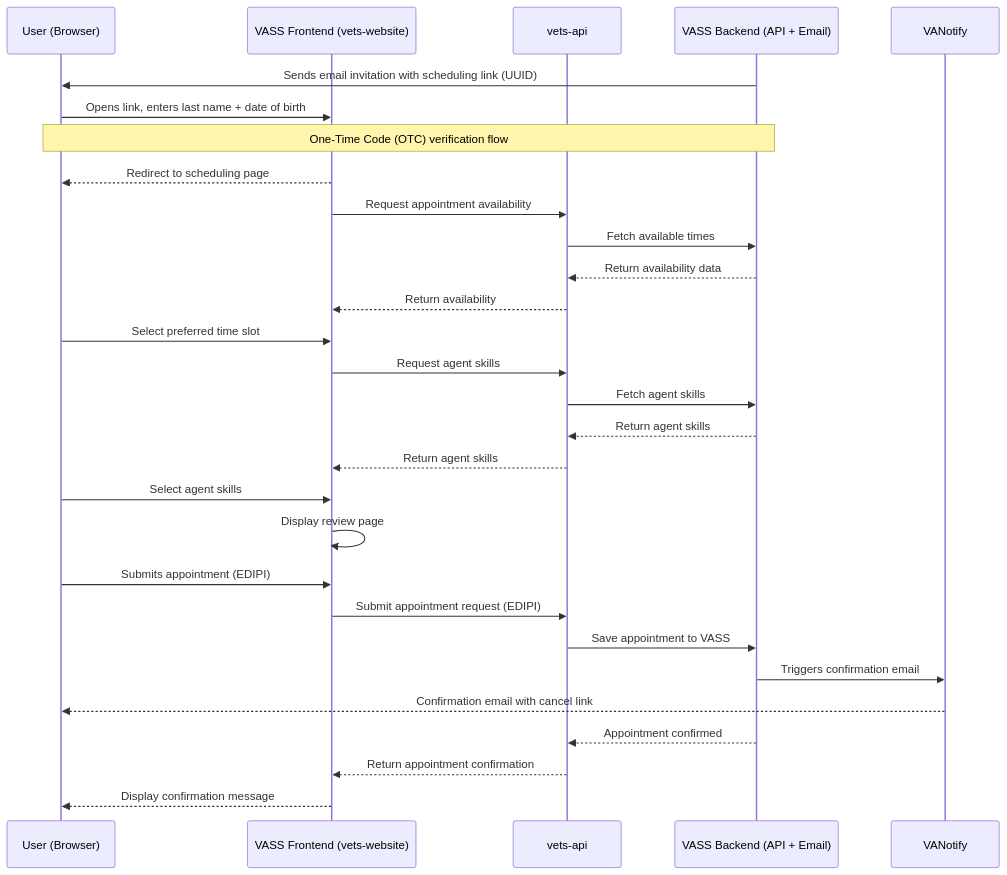
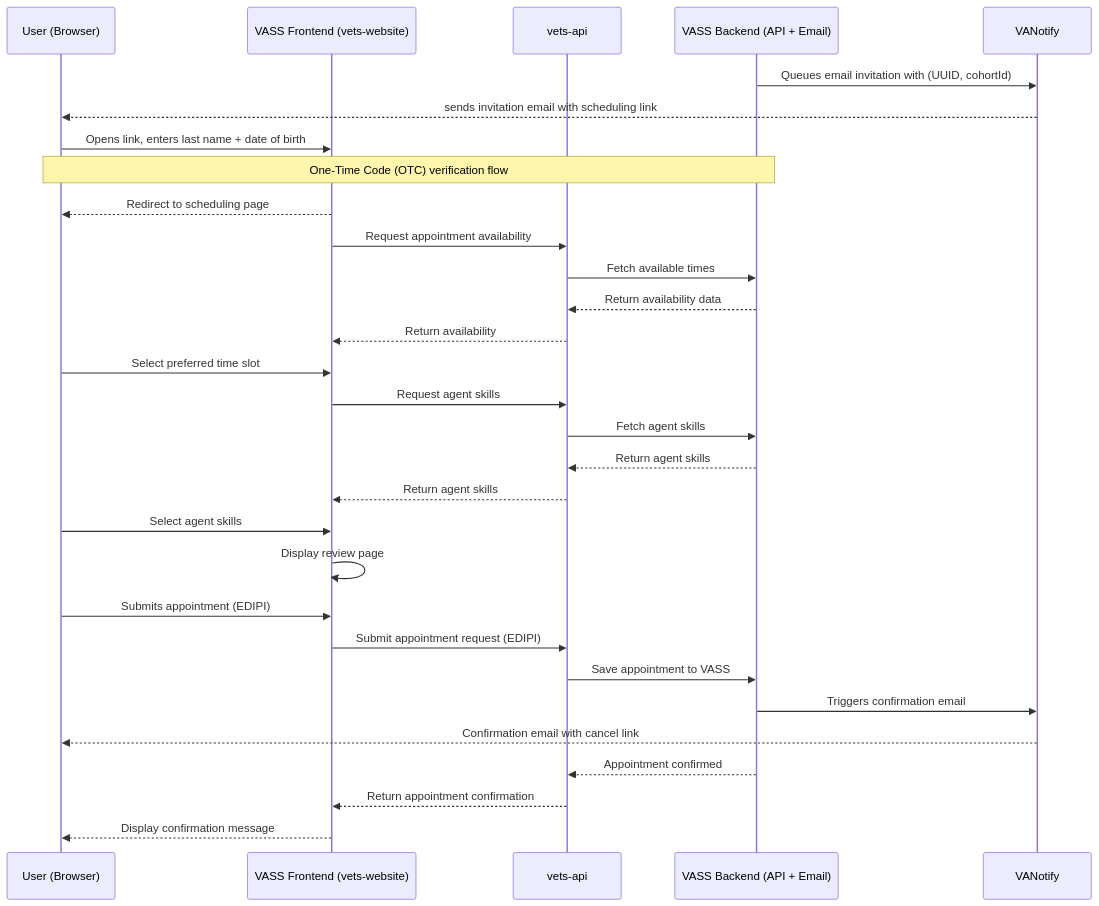
One commit to department-of-veterans-affairs/va.gov-team changed the first of 3 diagrams in products/health-care/appointments/va-online-scheduling/initiatives/solid-start-scheduling/engineering/sequence-diagrams/otc-flow.md. Above: the diagram before and after it, drawn with Mermaid.

````diff
--- a/products/health-care/appointments/va-online-scheduling/initiatives/solid-start-scheduling/engineering/sequence-diagrams/otc-flow.md
+++ b/products/health-care/appointments/va-online-scheduling/initiatives/solid-start-scheduling/engineering/sequence-diagrams/otc-flow.md
@@ -3,42 +3,43 @@
 ``` mermaid
 sequenceDiagram
     participant user as User (Browser)
     participant vetsWebsite as VASS Frontend (vets-website)
     participant vetsApi as vets-api
     participant vassBackend as VASS Backend (API + Email)
     participant vaNotify as VANotify
 
     %% Step 1: Email Invitation
-    vassBackend->>user: Sends email invitation with scheduling link (UUID)
+    vassBackend->>vaNotify: Queues email invitation with (UUID, cohortId)
+    vaNotify-->>user: sends invitation email with scheduling link 
 
     %% Step 2: User validates identity
     user->>vetsWebsite: Opens link, enters last name + date of birth
     Note over user,vassBackend: One-Time Code (OTC) verification flow
     vetsWebsite-->>user: Redirect to scheduling page
 
     %% Step 3: View available times
     vetsWebsite->>vetsApi: Request appointment availability
     vetsApi->>vassBackend: Fetch available times
     vassBackend-->>vetsApi: Return availability data
     vetsApi-->>vetsWebsite: Return availability
     user->>vetsWebsite: Select preferred time slot
 
     %% Step 4: Agent skills
     vetsWebsite->>vetsApi: Request agent skills
     vetsApi->>vassBackend: Fetch agent skills
     vassBackend-->>vetsApi: Return agent skills
     vetsApi-->>vetsWebsite: Return agent skills
     user->>vetsWebsite: Select agent skills
     vetsWebsite->>vetsWebsite: Display review page
 
     %% Step 5: Confirm appointment
     user->>vetsWebsite: Submits appointment (EDIPI)
     vetsWebsite->>vetsApi: Submit appointment request (EDIPI)
     vetsApi->>vassBackend: Save appointment to VASS
     vassBackend->>vaNotify: Triggers confirmation email
     vaNotify-->>user: Confirmation email with cancel link
     vassBackend-->>vetsApi: Appointment confirmed
 
     vetsApi-->>vetsWebsite: Return appointment confirmation
     vetsWebsite-->>user: Display confirmation message
 ```
````
